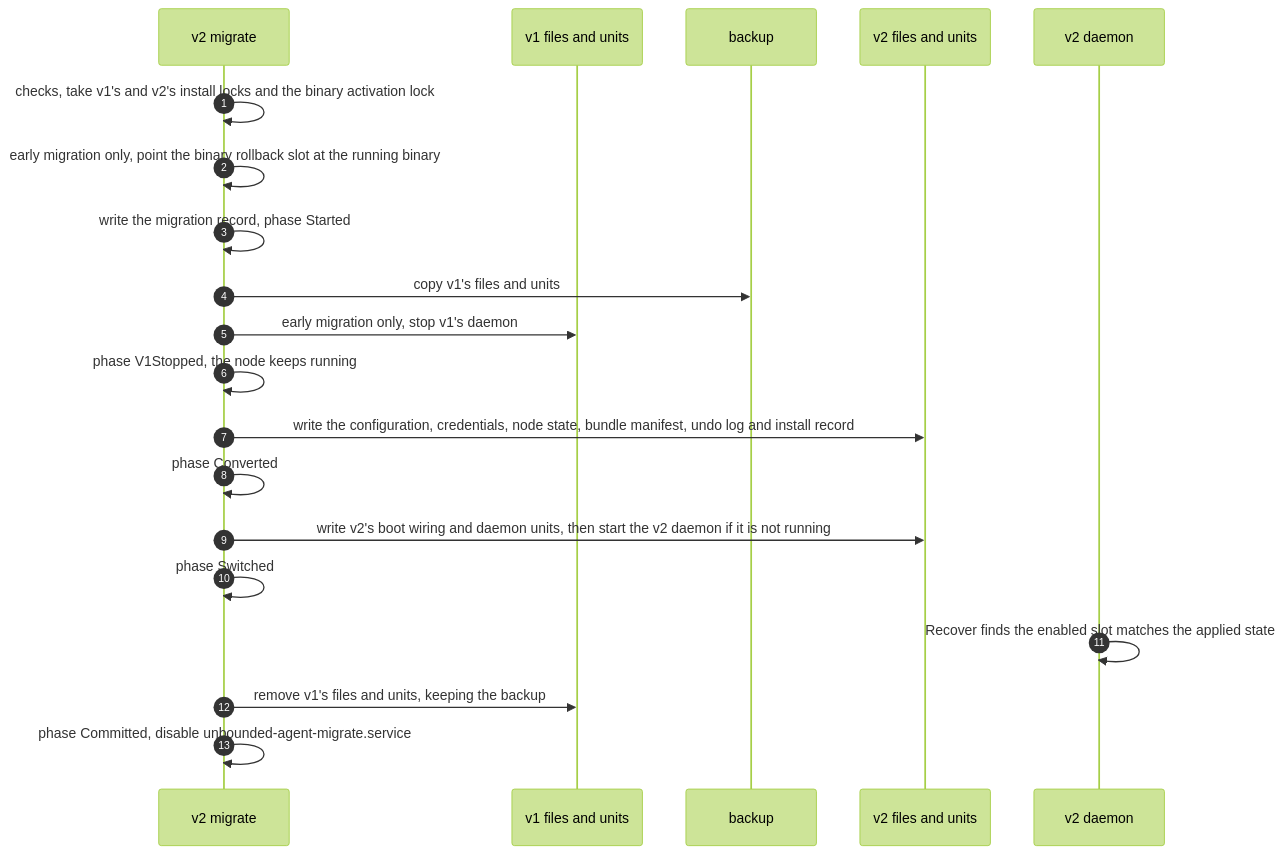
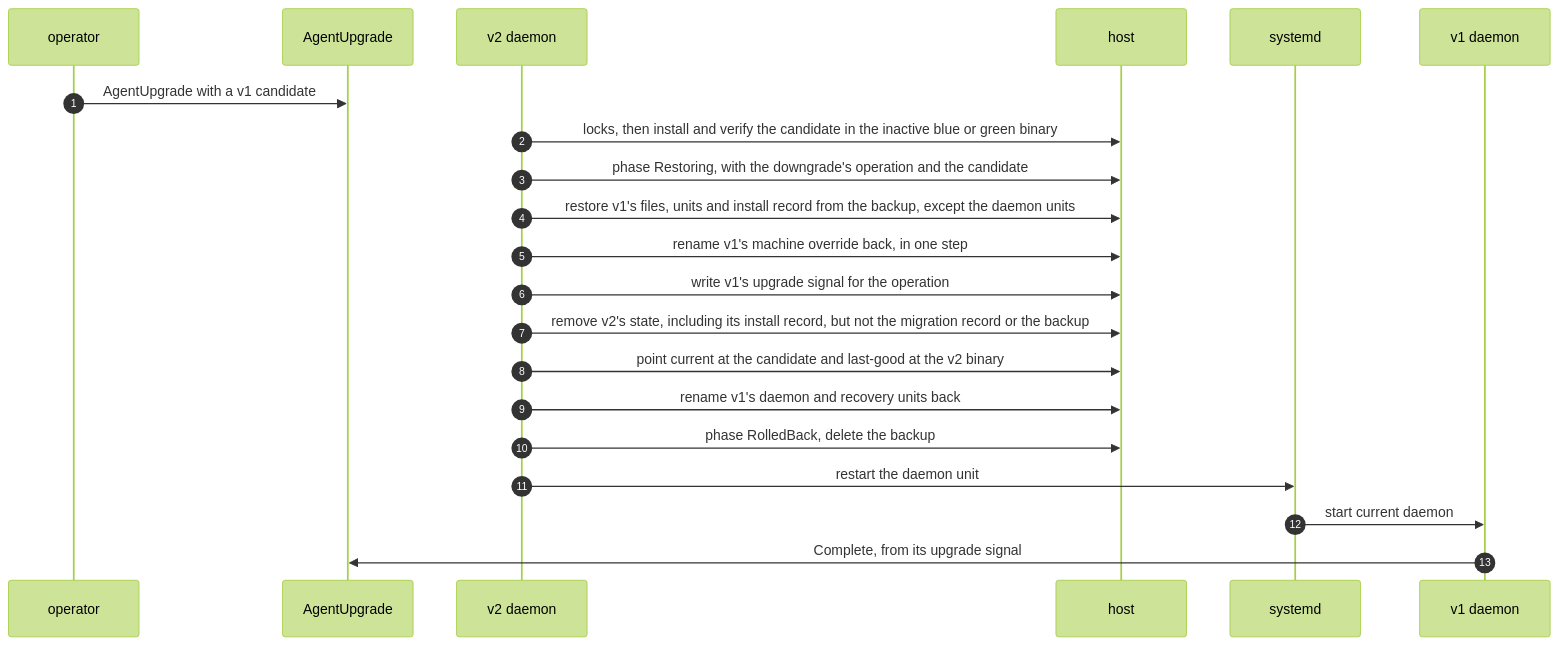
Before and after one commit to Azure/unbounded: the sixth of 6 diagrams in designs/agent-v2/10-migration-from-v1.md, drawn with Mermaid (forest theme). The commit also changed other lines of this file and 8 other files, not shown here.

````diff
--- a/designs/agent-v2/10-migration-from-v1.md
+++ b/designs/agent-v2/10-migration-from-v1.md
@@ -166,22 +426,23 @@
 ```mermaid
 sequenceDiagram
   autonumber
-  participant MG as v2 migrate
-  participant V1 as v1 files and units
-  participant BK as backup
-  participant V2 as v2 files and units
+  participant Op as operator
+  participant MO as AgentUpgrade
   participant D2 as v2 daemon
-  MG->>MG: checks, take v1's and v2's install locks and the binary activation lock
-  MG->>MG: early migration only, point the binary rollback slot at the running binary
-  MG->>MG: write the migration record, phase Started
-  MG->>BK: copy v1's files and units
-  MG->>V1: early migration only, stop v1's daemon
-  MG->>MG: phase V1Stopped, the node keeps running
-  MG->>V2: write the configuration, credentials, node state, bundle manifest, undo log and install record
-  MG->>MG: phase Converted
-  MG->>V2: write v2's boot wiring and daemon units, then start the v2 daemon if it is not running
-  MG->>MG: phase Switched
-  D2->>D2: Recover finds the enabled slot matches the applied state
-  MG->>V1: remove v1's files and units, keeping the backup
-  MG->>MG: phase Committed, disable unbounded-agent-migrate.service
+  participant H as host
+  participant SD as systemd
+  participant D1 as v1 daemon
+  Op->>MO: AgentUpgrade with a v1 candidate
+  D2->>H: locks, then install and verify the candidate in the inactive blue or green binary
+  D2->>H: phase Restoring, with the downgrade's operation and the candidate
+  D2->>H: restore v1's files, units and install record from the backup, except the daemon units
+  D2->>H: rename v1's machine override back, in one step
+  D2->>H: write v1's upgrade signal for the operation
+  D2->>H: remove v2's state, including its install record, but not the migration record or the backup
+  D2->>H: point current at the candidate and last-good at the v2 binary
+  D2->>H: rename v1's daemon and recovery units back
+  D2->>H: phase RolledBack, delete the backup
+  D2->>SD: restart the daemon unit
+  SD->>D1: start current daemon
+  D1->>MO: Complete, from its upgrade signal
 ```
````
